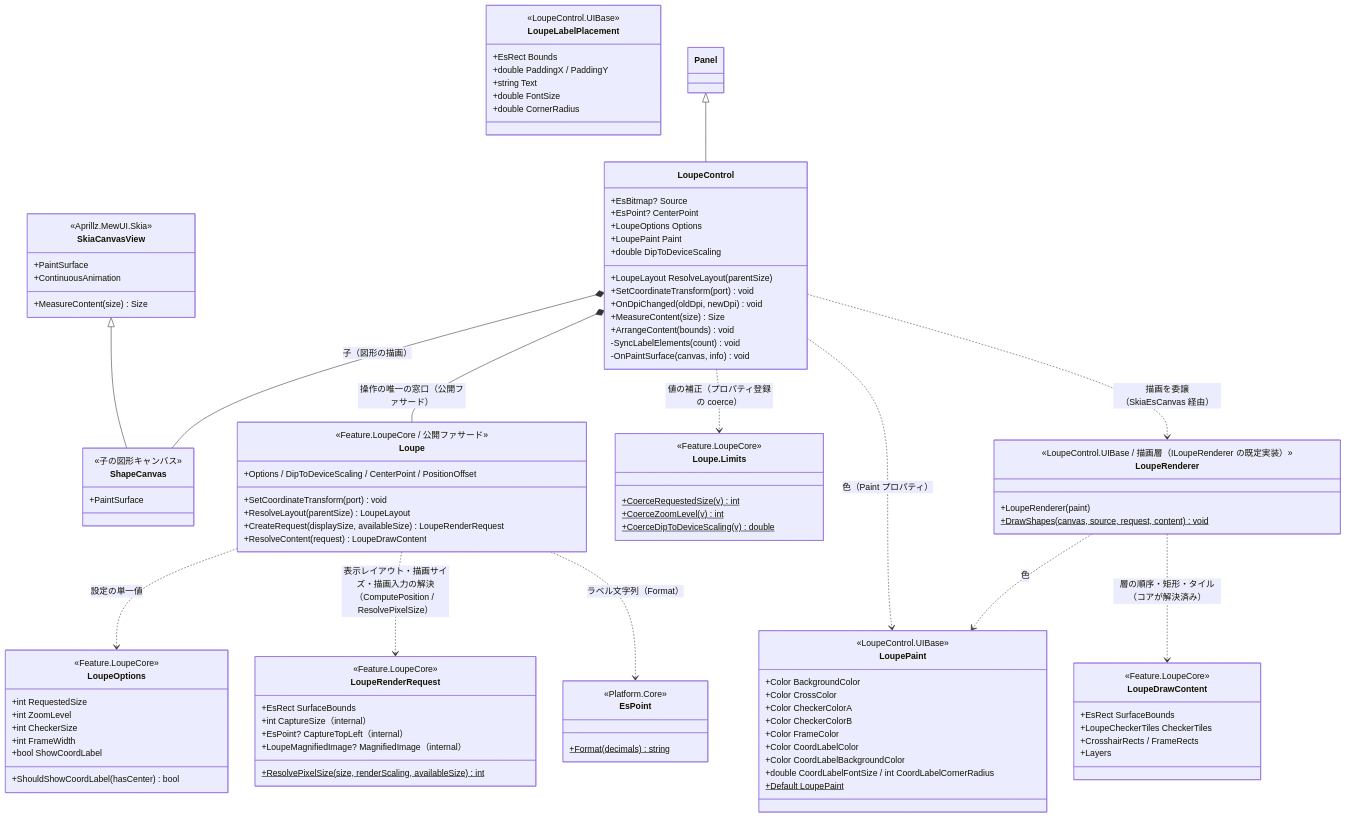
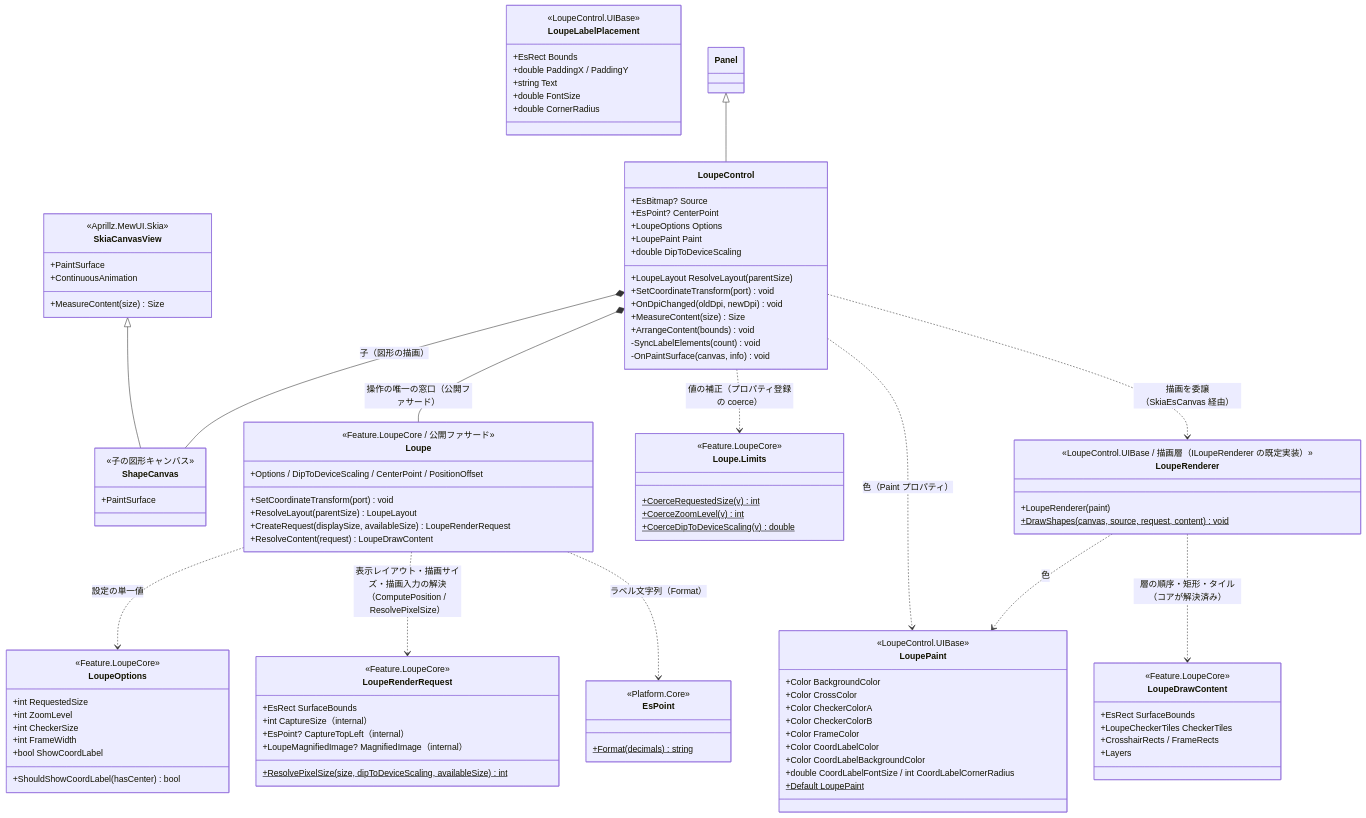
One commit to tomokuni/SaveEvidence changed the first of 2 diagrams in src/LoupeControl.MewUI/SPEC_System.md. Above: the diagram before and after it, drawn with Mermaid. The commit also changed 17 other files, not shown here.

```diff
--- a/src/LoupeControl.MewUI/SPEC_System.md
+++ b/src/LoupeControl.MewUI/SPEC_System.md
@@ -144,7 +144,7 @@
         +int CaptureSize（internal）
         +EsPoint? CaptureTopLeft（internal）
         +LoupeMagnifiedImage? MagnifiedImage（internal）
-        +ResolvePixelSize(size, renderScaling, availableSize) int$
+        +ResolvePixelSize(size, dipToDeviceScaling, availableSize) int$
     }
     class LoupeLabelPlacement {
         <<LoupeControl.UIBase>>
```
